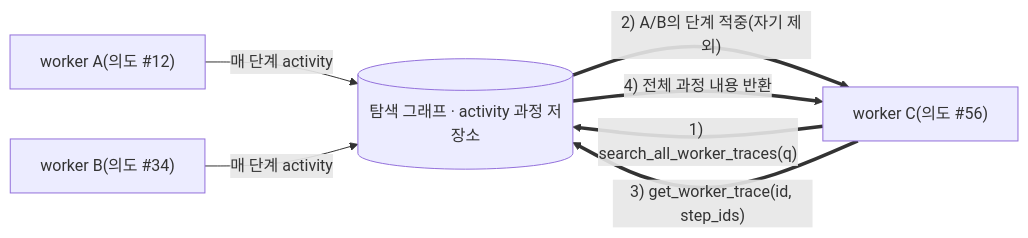
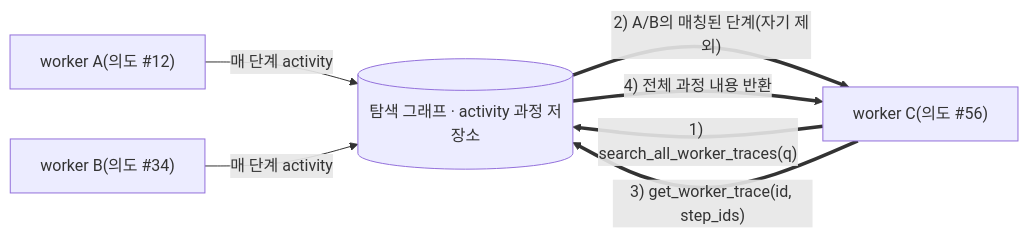
The fourth of 5 diagrams in README.md (Doyoun510/ARTEX_ko), drawn with Mermaid before and after one commit. The commit also changed other lines of this file and 2 other files, not shown here.

````diff
--- a/README.md
+++ b/README.md
@@ -450,9 +450,9 @@
 ```mermaid
 flowchart LR
   WA["worker A(의도 #12)"] -->|"매 단계 activity"| ACT[("탐색 그래프 · activity 과정 저장소")]
   WB["worker B(의도 #34)"] -->|"매 단계 activity"| ACT
   WC["worker C(의도 #56)"] ==>|"1) search_all_worker_traces(q)"| ACT
-  ACT ==>|"2) A/B의 단계 적중(자기 제외)"| WC
+  ACT ==>|"2) A/B의 매칭된 단계(자기 제외)"| WC
   WC ==>|"3) get_worker_trace(id, step_ids)"| ACT
   ACT ==>|"4) 전체 과정 내용 반환"| WC
 ```
````
